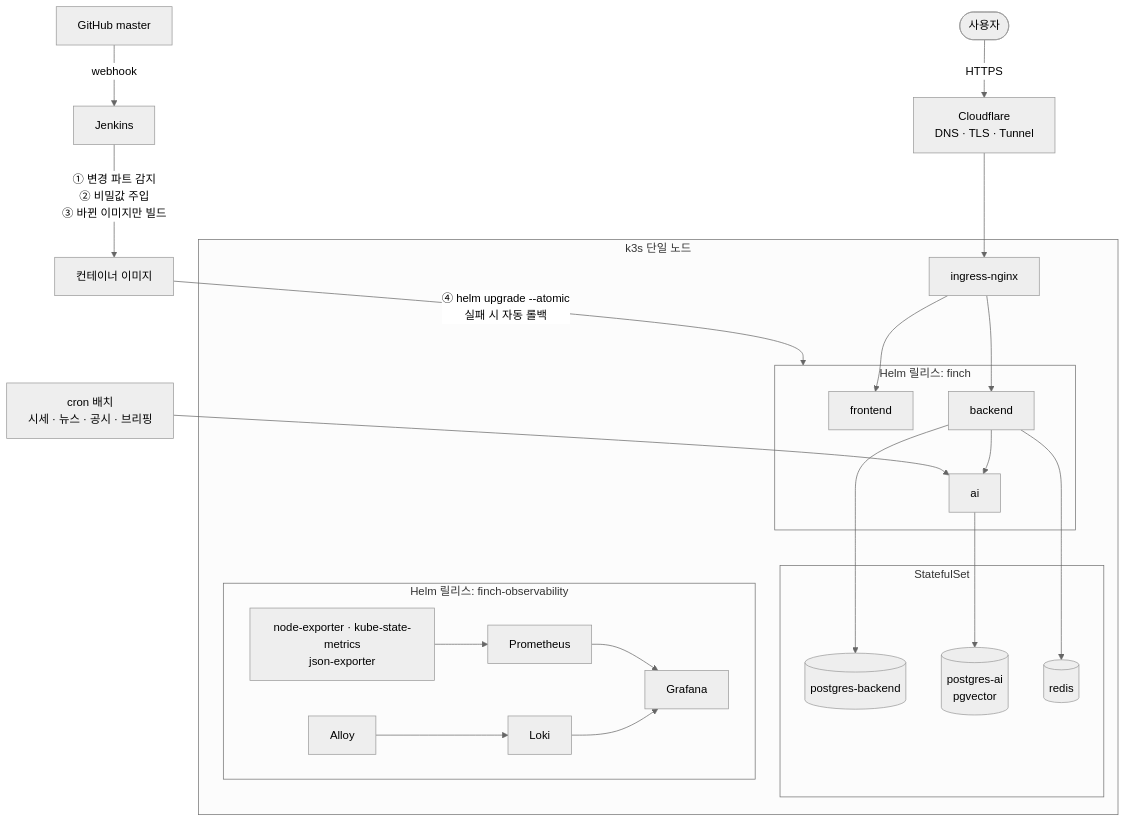
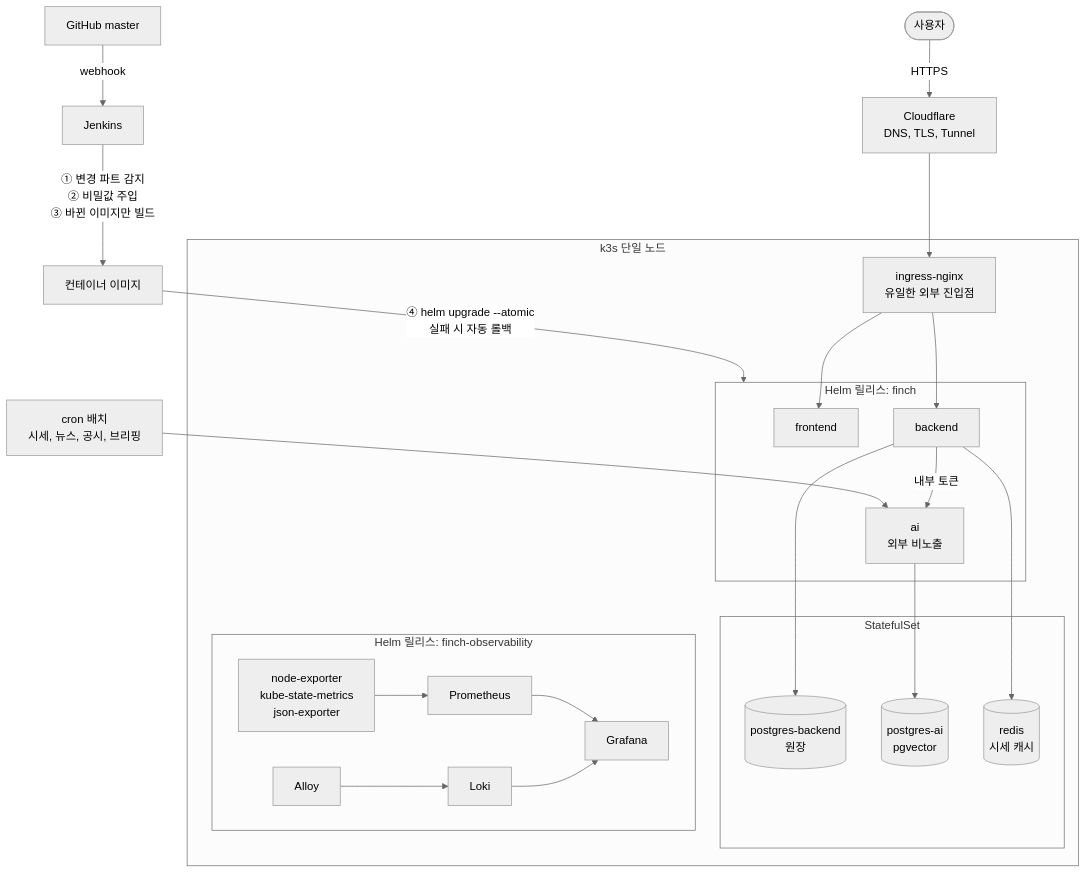
The diagram in README.md (Team-FINCH/finch-infra), drawn with Mermaid (neutral theme) before and after one commit. The commit also changed other lines of this file and 1 other file, not shown here.

````diff
--- a/README.md
+++ b/README.md
@@ -15,35 +71,35 @@
 ```mermaid
 flowchart TB
-    U(["사용자"]) -->|HTTPS| CF["Cloudflare<br/>DNS · TLS · Tunnel"]
+    U(["사용자"]) -->|HTTPS| CF["Cloudflare<br/>DNS, TLS, Tunnel"]
     CF --> ING
 
     subgraph K3S["k3s 단일 노드"]
-        ING["ingress-nginx"]
+        ING["ingress-nginx<br/>유일한 외부 진입점"]
         subgraph APP["Helm 릴리스: finch"]
             FE["frontend"]
             BE["backend"]
-            AI["ai"]
+            AI["ai<br/>외부 비노출"]
         end
         subgraph DATA["StatefulSet"]
-            PGB[("postgres-backend")]
+            PGB[("postgres-backend<br/>원장")]
             PGA[("postgres-ai<br/>pgvector")]
-            RD[("redis")]
+            RD[("redis<br/>시세 캐시")]
         end
         subgraph OBS["Helm 릴리스: finch-observability"]
             PROM["Prometheus"] --> GRAF["Grafana"]
             ALLOY["Alloy"] --> LOKI["Loki"] --> GRAF
-            EXP["node-exporter · kube-state-metrics<br/>json-exporter"] --> PROM
+            EXP["node-exporter<br/>kube-state-metrics<br/>json-exporter"] --> PROM
         end
         ING --> FE
         ING --> BE
-        BE --> AI
+        BE -->|내부 토큰| AI
         BE --> PGB
         BE --> RD
         AI --> PGA
     end
 
     GIT["GitHub master"] -->|webhook| JK["Jenkins"]
     JK -->|"① 변경 파트 감지<br/>② 비밀값 주입<br/>③ 바뀐 이미지만 빌드"| IMG["컨테이너 이미지"]
     IMG -->|"④ helm upgrade --atomic<br/>실패 시 자동 롤백"| APP
-    CRON["cron 배치<br/>시세 · 뉴스 · 공시 · 브리핑"] --> AI
+    CRON["cron 배치<br/>시세, 뉴스, 공시, 브리핑"] --> AI
 ```
````
